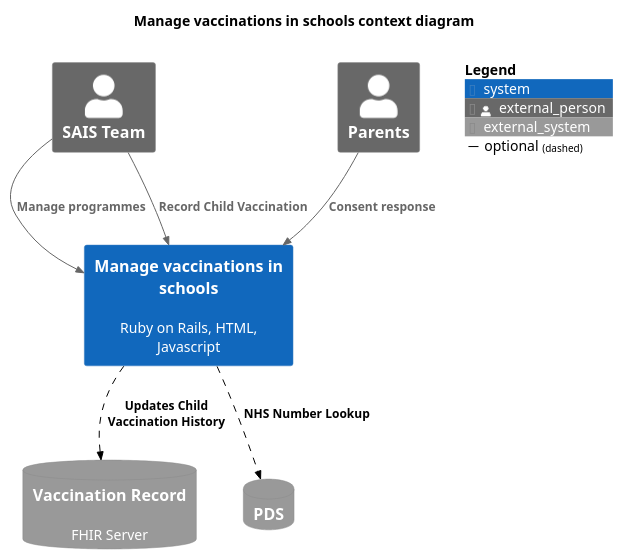
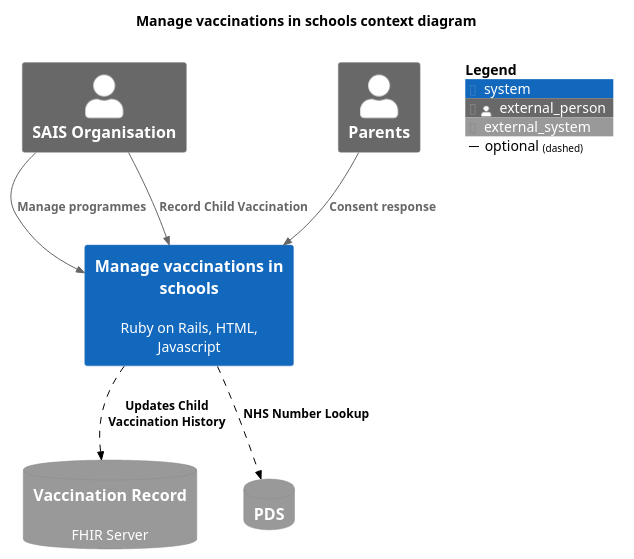
One commit to nhsuk/manage-vaccinations-in-schools changed the diagram in docs/diagrams/context-view-future.puml. Above: the diagram before and after it, drawn with PlantUML. The commit also changed 217 other files, not shown here.

```diff
--- a/docs/diagrams/context-view-future.puml
+++ b/docs/diagrams/context-view-future.puml
@@ -1,27 +1,27 @@
 @startuml
 
 !include <C4/C4_Context.puml>
 
 LAYOUT_TOP_DOWN()
 
 title "Manage vaccinations in schools context diagram"
 
-Person_Ext(sais, "SAIS Team")
+Person_Ext(sais, "SAIS Organisation")
 Person_Ext(parents, "Parents")
 
 System(manage, "Manage vaccinations in schools", "Ruby on Rails, HTML, Javascript")
 
 SystemDb_Ext(vaccineRecord, "Vaccination Record", "FHIR Server")
 SystemDb_Ext(pds, "PDS", "")
 
 AddRelTag("optional", $textColor="black", $lineColor="black", $lineStyle="dashed")
 
 Rel(sais, manage, "Manage programmes")
 Rel(sais, manage, "Record Child Vaccination")
 Rel(parents, manage, "Consent response")
 Rel(manage, vaccineRecord, "Updates Child Vaccination History", $tags="optional")
 Rel(manage, pds, "NHS Number Lookup", $tags="optional")
 
 SHOW_FLOATING_LEGEND()
 
 @enduml
```
